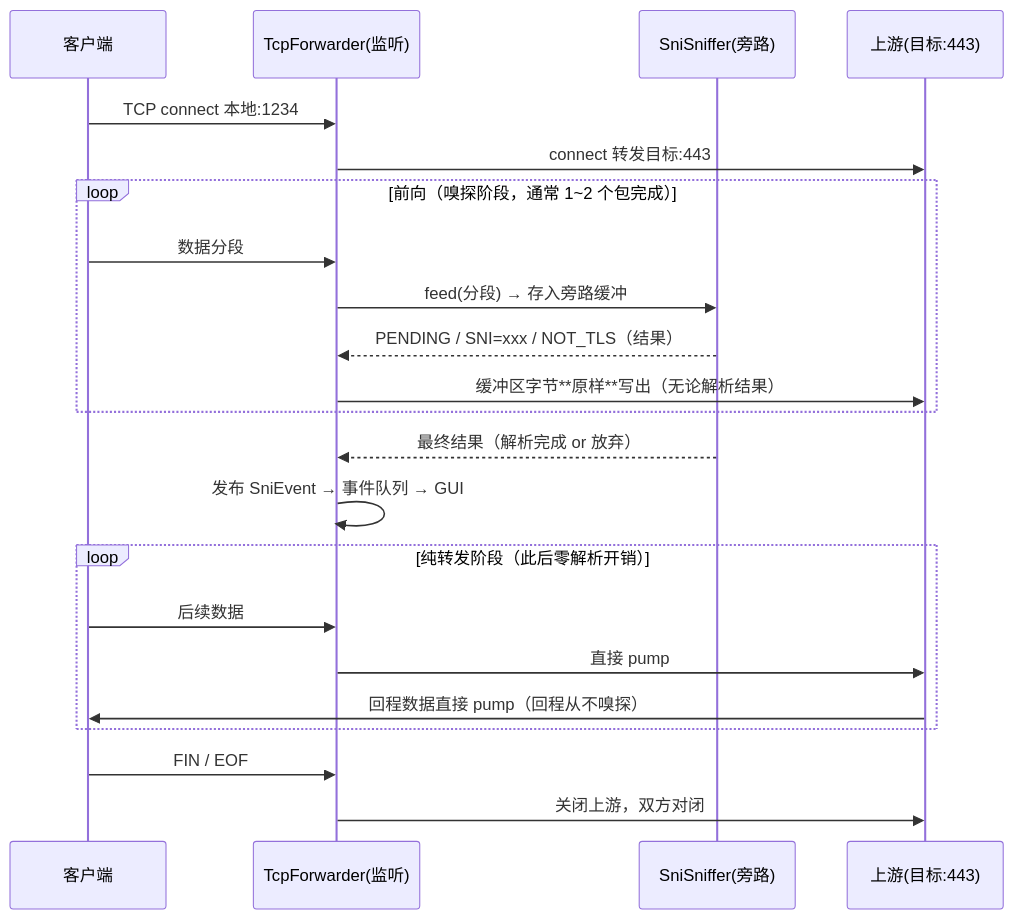
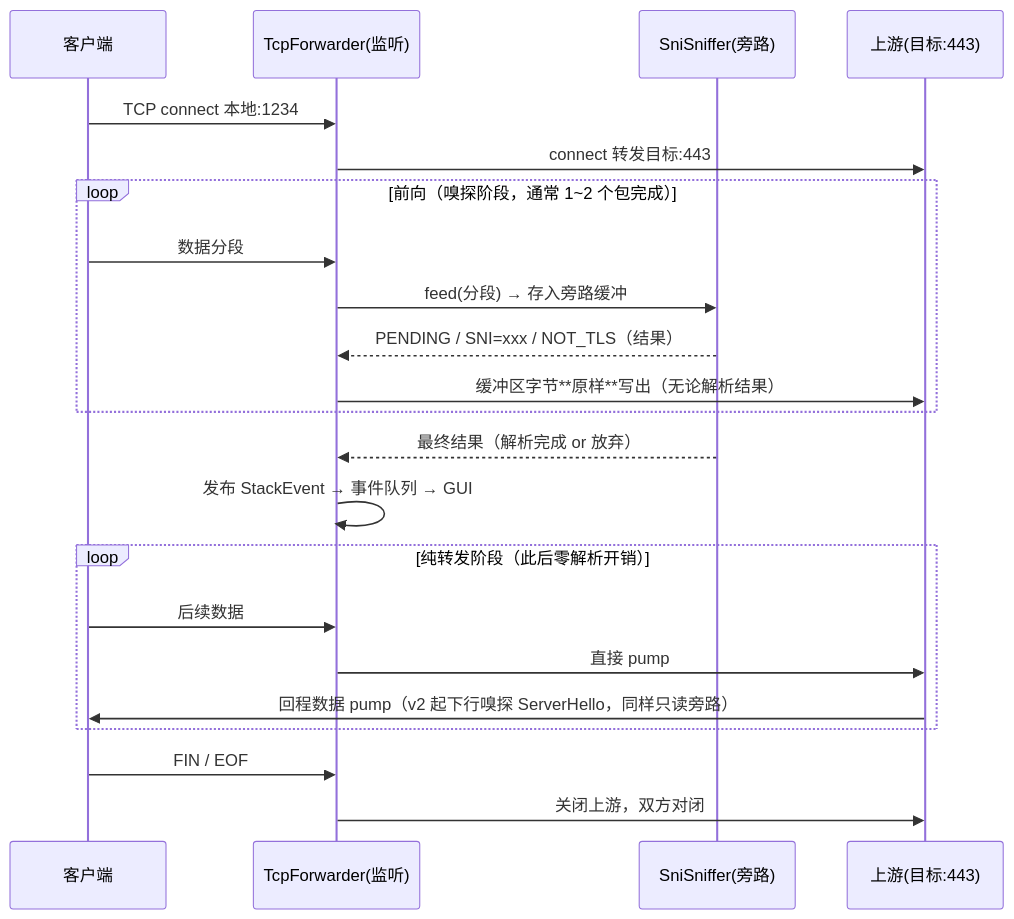
Before and after one commit to cmliu/SNI-Tap: the first of 3 diagrams in docs/ARCHITECTURE.md, drawn with Mermaid. The commit also changed other lines of this file and 24 other files, not shown here.

````diff
--- a/docs/ARCHITECTURE.md
+++ b/docs/ARCHITECTURE.md
@@ -93,24 +101,24 @@
 ```mermaid
 sequenceDiagram
     participant C as 客户端
     participant L as TcpForwarder(监听)
     participant S as SniSniffer(旁路)
     participant U as 上游(目标:443)
     C->>L: TCP connect 本地:1234
     L->>U: connect 转发目标:443
     loop 前向（嗅探阶段，通常 1~2 个包完成）
         C->>L: 数据分段
         L->>S: feed(分段) → 存入旁路缓冲
         S-->>L: PENDING / SNI=xxx / NOT_TLS（结果）
         L->>U: 缓冲区字节**原样**写出（无论解析结果）
     end
-    S-->>L: 最终结果（解析完成 or 放弃）
-    L->>L: 发布 SniEvent → 事件队列 → GUI
+        S-->>L: 最终结果（解析完成 or 放弃）
+    L->>L: 发布 StackEvent → 事件队列 → GUI
     loop 纯转发阶段（此后零解析开销）
         C->>L: 后续数据
         L->>U: 直接 pump
-        U->>C: 回程数据直接 pump（回程从不嗅探）
+        U->>C: 回程数据 pump（v2 起下行嗅探 ServerHello，同样只读旁路）
     end
     C->>L: FIN / EOF
     L->>U: 关闭上游，双方对闭
 ```
````
